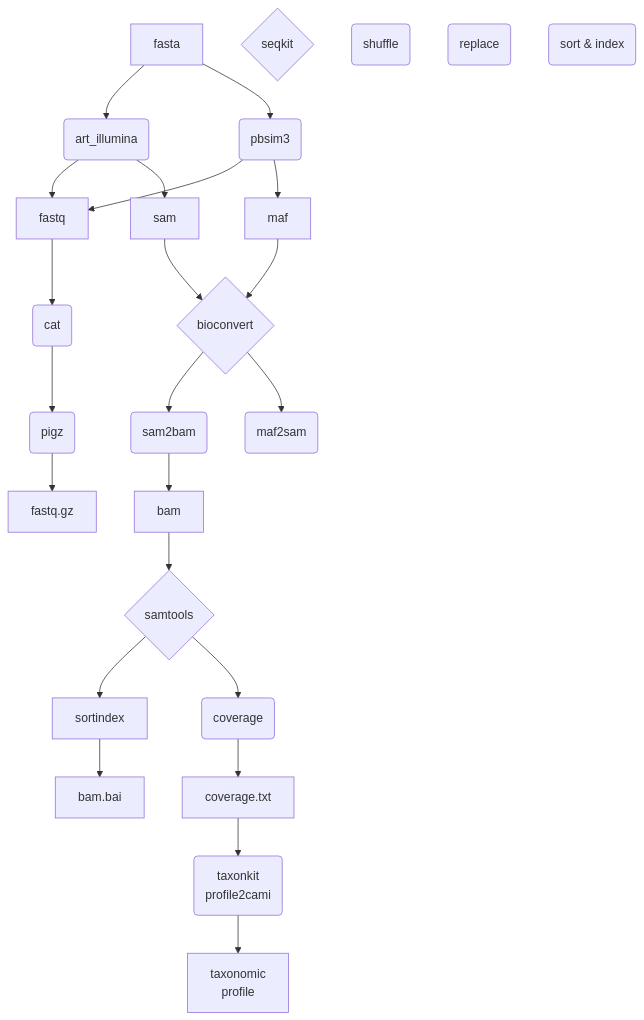
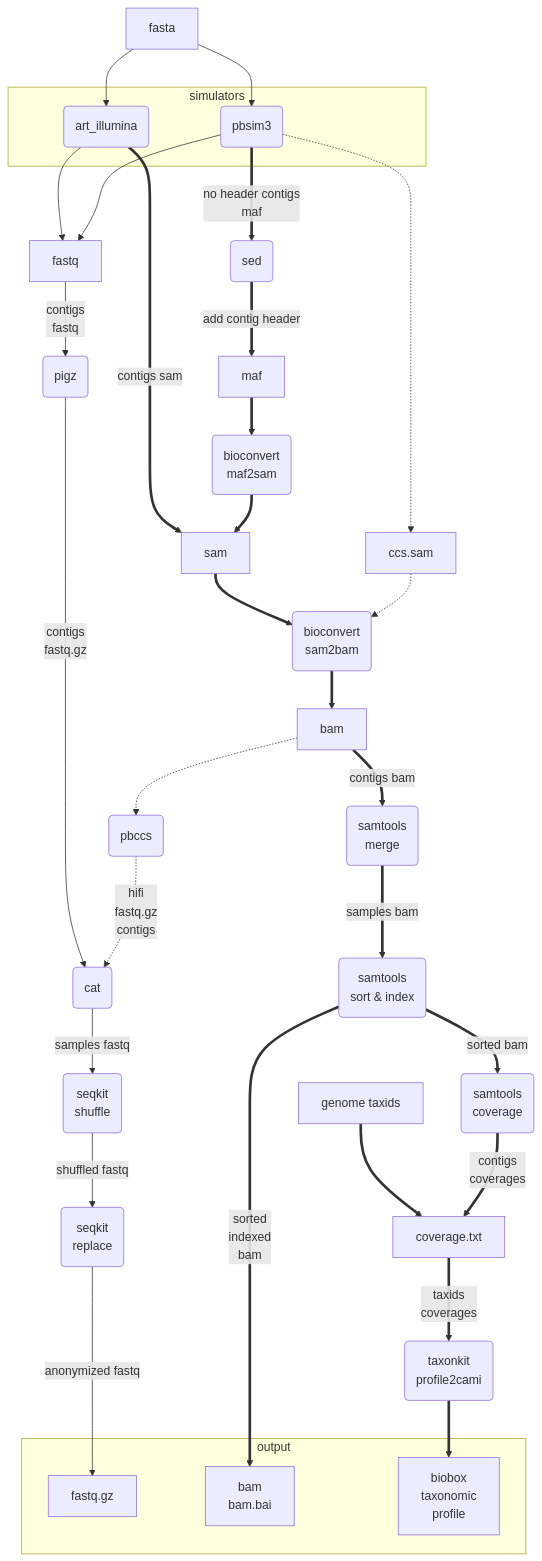
One commit to metagenlab/MeSS changed the diagram in docs/guide/simulate/reads.md. Above: the diagram before and after it, drawn with Mermaid. The commit also changed other lines of this file and 9 other files, not shown here.

````diff
--- a/docs/guide/simulate/reads.md
+++ b/docs/guide/simulate/reads.md
@@ -4,53 +4,72 @@
 ``` mermaid
 flowchart TB
+  %%file types
   fa[fasta]
   fq[fastq]
+  fqgz[fastq.gz]
   sam[sam]
+  maf[maf]
   bam[bam]
-  bai[bam.bai]
-  maf[maf]
+  bai[bam <br/>bam.bai]
   cov[coverage.txt]
-  tax[taxonomic 
-  profile]
-  fqgz[fastq.gz]
-  
+  tax[biobox<br/>taxonomic<br/>profile]
+
+  %%tools
   art(art_illumina)
+  pbsim(pbsim3)
   cat(cat)
   pigz(pigz)
-  pbsim(pbsim3)
-  bioconvert{bioconvert}
-  sam2bam(sam2bam)
-  maf2sam(maf2sam)
-  seqkit{seqkit}
-  shufle(shuffle)
-  replace(replace)
-  samtools{samtools}
-  sortidenx(sort & index)
-  coverage(coverage)
-  taxonkit(taxonkit 
-  profile2cami)
+  sam2bam(bioconvert <br/>sam2bam)
+  maf2sam(bioconvert <br/>maf2sam)
+  shuffle(seqkit <br/>shuffle)
+  replace(seqkit <br/>replace)
+  merge(samtools <br/>merge)
+  sortindex(samtools <br/>sort & index)
+  coverage(samtools <br/>coverage)
+  taxonkit(taxonkit <br/>profile2cami)
 
+  %%workflow 
   fa --> art
   fa --> pbsim
+  fa2tax[genome taxids]
+  subgraph simulators
+    art
+    pbsim
+  end 
   art --> fq
+  art ==>|contigs sam| sam
   pbsim --> fq
-  art --> sam
-  pbsim --> maf
+  pbsim ==>|no header contigs <br/>maf| sed(sed)
+  sed ==>|add contig header| maf
+  pbsim -.-> ccs
 
-  maf --> bioconvert
-  sam --> bioconvert
-  sam2bam --> bam
-  bam --> samtools
-  samtools --> sortindex
-  sortindex --> bai
-  samtools --> coverage
-  coverage --> cov
-  cov --> taxonkit
-  taxonkit --> tax
-  bioconvert --> sam2bam
-  bioconvert --> maf2sam
+  fq -->|contigs<br/>fastq| pigz
+  pigz -->|contigs<br/>fastq.gz| cat
+  cat -->|samples fastq| shuffle
+  shuffle -->|shuffled fastq| replace
+  replace -->|anonymized fastq| fqgz
+
+  maf ==> maf2sam
+  maf2sam ==> sam
+  sam ==> sam2bam
+  sam2bam ==> bam
+  bam ==>|contigs bam| merge
+  merge ==>|samples bam| sortindex
+  sortindex ==>|sorted bam| coverage
+  fa2tax ==> cov
+  coverage ==>|contigs<br/>coverages| cov
+  cov ==>|taxids<br/>coverages| taxonkit
+
+  ccs[ccs.sam] -.-> sam2bam
+  bam -.-> pbccs(pbccs)
+  pbccs -.->|hifi <br/>fastq.gz<br/>contigs| cat
+
+  taxonkit ==> tax
+  sortindex ==>|sorted<br/>indexed<br/>bam| bai  
   
-  fq --> cat
-  cat --> pigz
-  pigz --> fqgz
+  subgraph output
+    fqgz
+    bai
+    tax 
+  end
 ```
````
